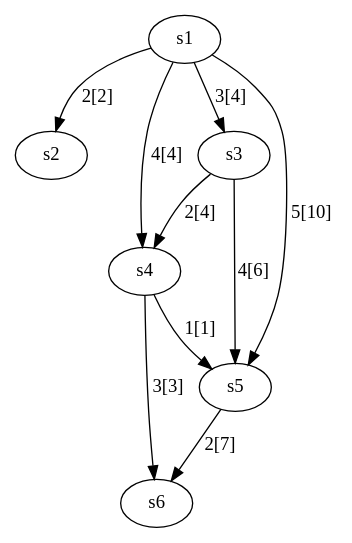
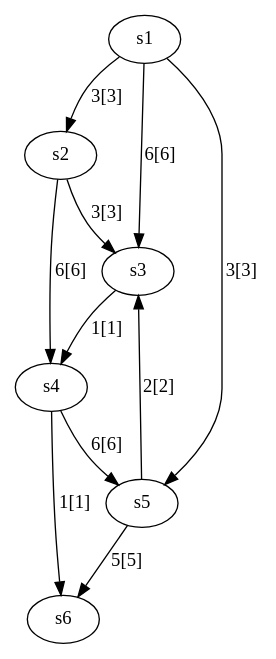
Before and after one commit to guillaumemoreau/Rooting-toolbox: the diagram in test.dot, drawn with Graphviz. The commit also changed 3 other files, not shown here.

Commit message:
L'algorithme de Moore-Dijkstra est implémenté et testé sur le graphe-exemple du cours visible via test.jpg

```diff
--- a/test.dot
+++ b/test.dot
@@ -1,13 +1,13 @@
 digraph G {
-	s1 -> s2 [label = "2[2]"];
-	s1 -> s3 [label = "3[4]"];
-	s1 -> s4 [label = "4[4]"];
-	s1 -> s5 [label = "5[10]"];
-	s2;
-	s3 -> s4 [label = "2[4]"];
-	s3 -> s5 [label = "4[6]"];
-	s4 -> s6 [label = "3[3]"];
-	s4 -> s5 [label = "1[1]"];
-	s5 -> s6 [label = "2[7]"];
+	s1 -> s2 [label = "3[3]"];
+	s1 -> s3 [label = "6[6]"];
+	s1 -> s5 [label = "3[3]"];
+	s2 -> s3 [label = "3[3]"];
+	s2 -> s4 [label = "6[6]"];
+	s3 -> s4 [label = "1[1]"];
+	s4 -> s5 [label = "6[6]"];
+	s4 -> s6 [label = "1[1]"];
+	s5 -> s3 [label = "2[2]"];
+	s5 -> s6 [label = "5[5]"];
 	s6;
 }
```
